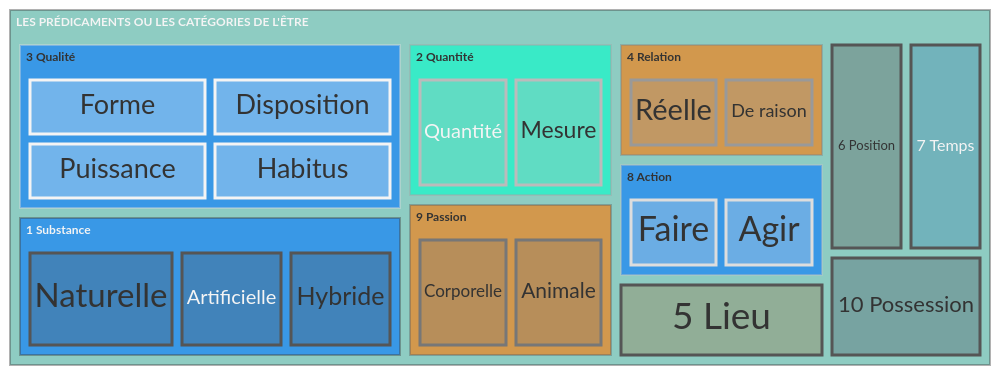
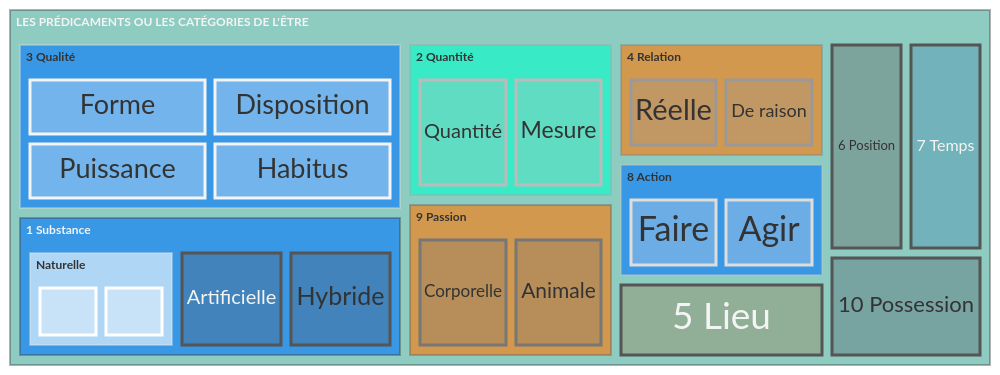
One commit to IpadDilectio/Mairmaid changed the diagram in prédicaments.mmd. Above: the diagram before and after it, drawn with Mermaid.

Commit message:
Update prédicaments.mmd en ajoutant les parties intégrantes et les parties potentielles de la substance

```diff
--- a/prédicaments.mmd
+++ b/prédicaments.mmd
@@ -1,46 +1,48 @@
 ---
 config:
   theme: neutral
   themeVariables:
     fontFamily: verdana
   treemap:
     showValues: false
     labelFontSize: 24
 ---
 treemap-beta
 "LES PRÉDICAMENTS OU LES CATÉGORIES DE L'ÊTRE":::menthe
   "1 Substance":::azul
-    "Naturelle":28
+    "Naturelle"
+      "Parties intégrantes":14
+      "Parties potentielles":14
     "Artificielle":20
     "Hybride":20
   "2 Quantité":::turquoise
     "Quantité":20
     "Mesure":20
   "3 Qualité":::azul
     "Forme":20
     "Puissance":20
  %%   "Impuissance":20
     "Disposition":20
     "Habitus":20
   "4 Relation":::orange
     "Réelle":15
     "De raison":15
   "5 Lieu":20:::ocre
   "6 Position":20:::marron
   "7 Temps":20:::bleu
   "8 Action":::azul
     "Faire":15
     "Agir":15
   "9 Passion":::orange
     "Corporelle":20
     "Animale":20
   "10 Possession":20:::ardoise
 %% Une autre palette
 classDef azul fill:#07F
 classDef turquoise fill:#0FC
 classDef orange fill:#F70
 classDef ocre fill:#963
 classDef bleu fill:#37A
 classDef menthe fill:#4A9
 classDef marron fill:#544
 classDef ardoise fill:#445
```
